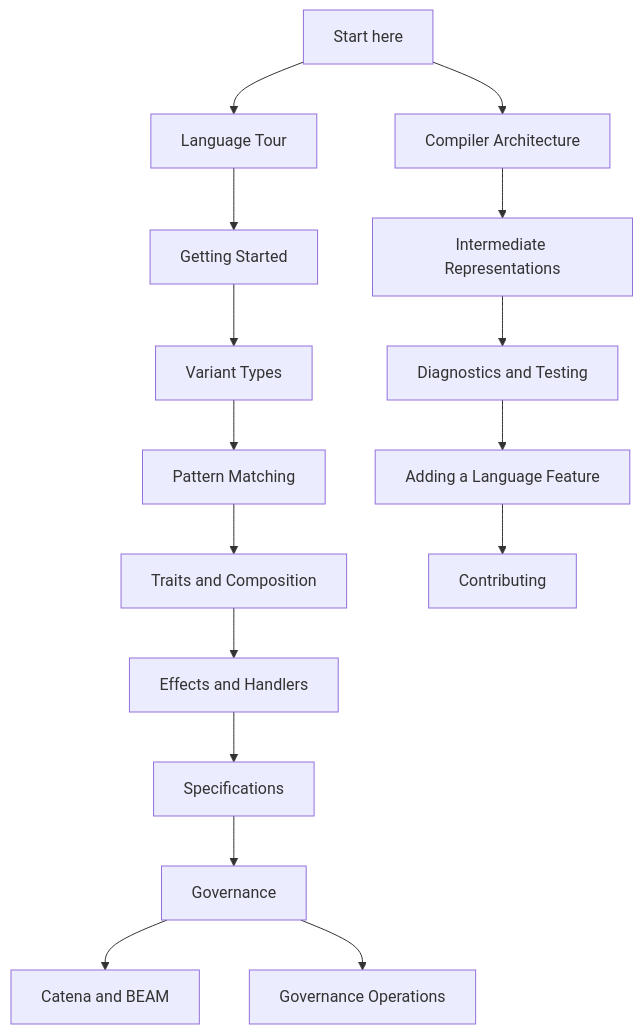
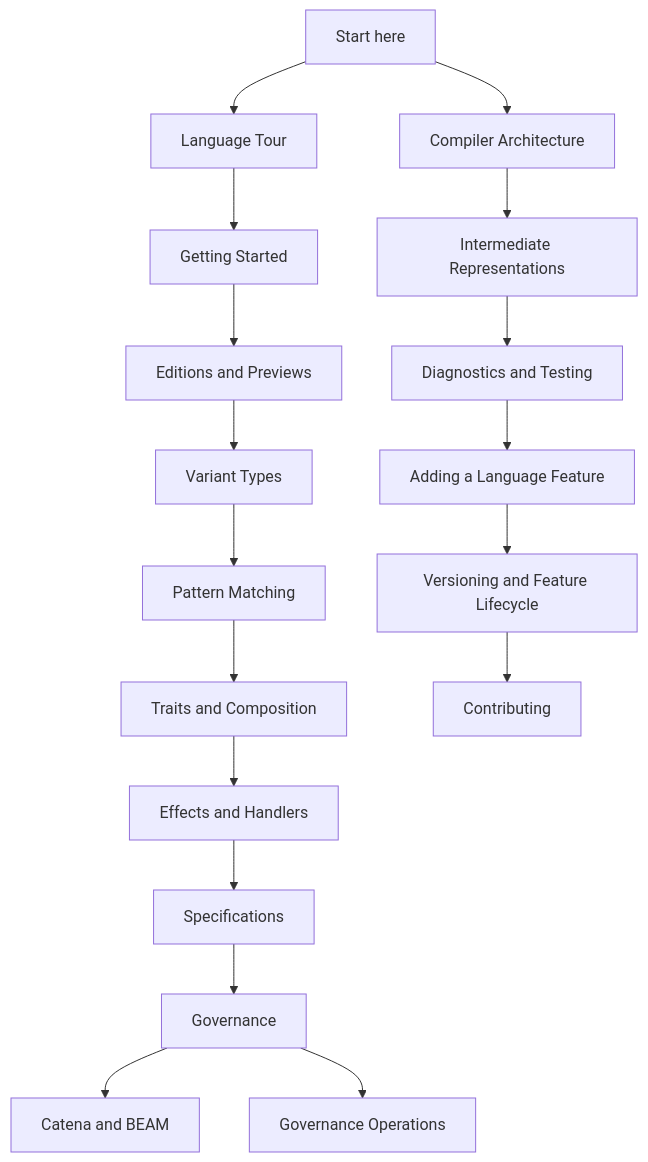
One commit to pcharbon70/catena changed the diagram in guides/README.md. Above: the diagram before and after it, drawn with Mermaid. The commit also changed other lines of this file and 39 other files, not shown here.

Commit message:
Complete C008 editions and feature lifecycle

````diff
--- a/guides/README.md
+++ b/guides/README.md
@@ -21,20 +21,22 @@
 ```mermaid
 flowchart TD
     Start[Start here] --> Tour[Language Tour]
     Tour --> First[Getting Started]
-    First --> Data[Variant Types]
+    First --> Editions[Editions and Previews]
+    Editions --> Data[Variant Types]
     Data --> Match[Pattern Matching]
     Match --> Traits[Traits and Composition]
     Traits --> Effects[Effects and Handlers]
     Effects --> Specs[Specifications]
     Specs --> Gov[Governance]
     Gov --> Beam[Catena and BEAM]
 
     Gov --> Ops[Governance Operations]
 
     Start --> Dev[Compiler Architecture]
     Dev --> IR[Intermediate Representations]
     IR --> Tests[Diagnostics and Testing]
     Tests --> Feature[Adding a Language Feature]
-    Feature --> Contrib[Contributing]
+    Feature --> Lifecycle[Versioning and Feature Lifecycle]
+    Lifecycle --> Contrib[Contributing]
 ```
````
